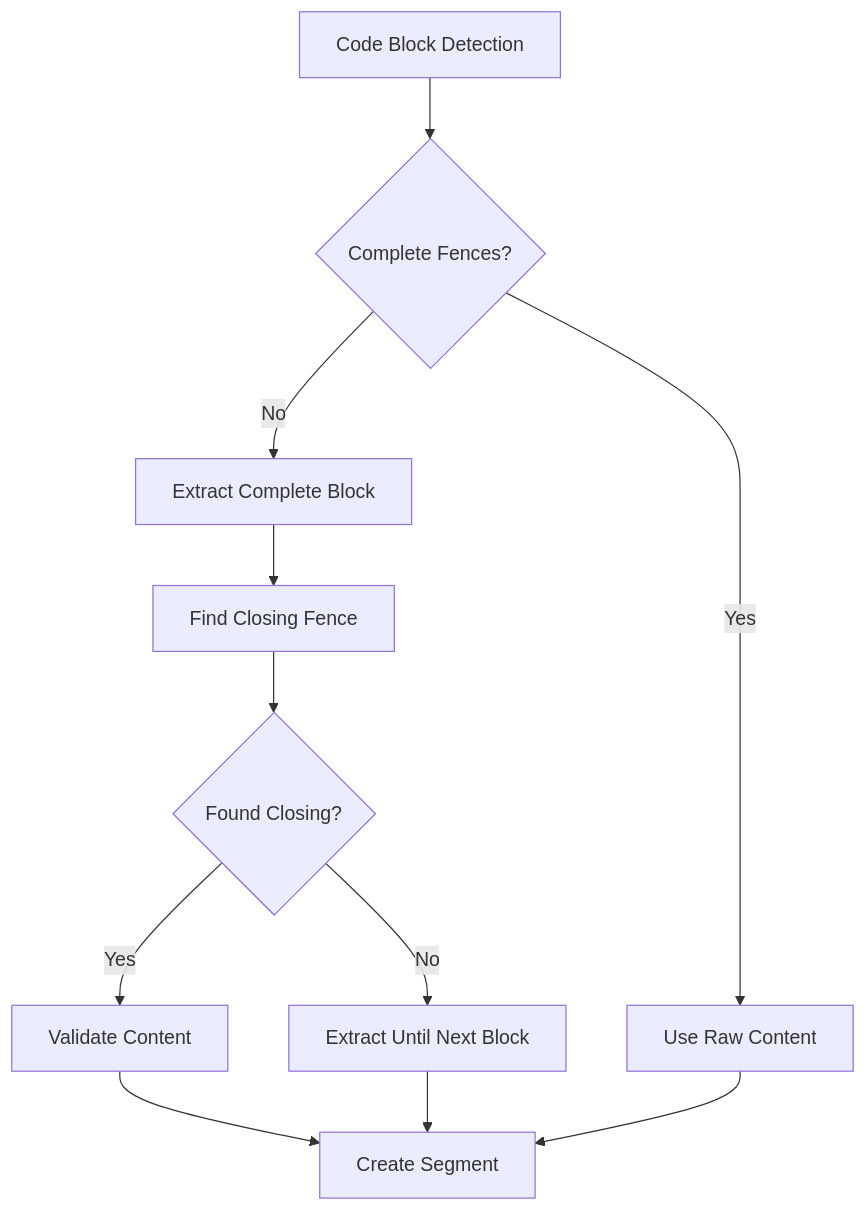
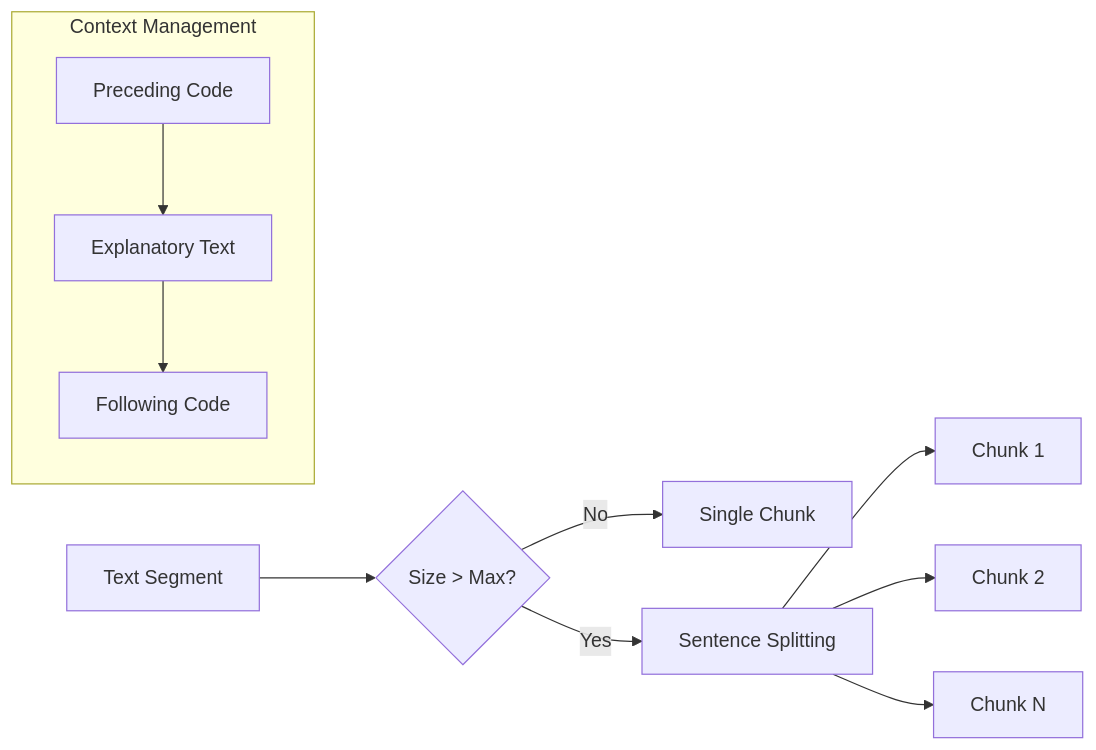
One commit to asukhodko/dify-markdown-chunker changed the fifth of 5 diagrams in .qoder/repowiki/en/content/Chunking Strategies/Code Strategy.md. Above: the diagram before and after it, drawn with Mermaid. The commit also changed other lines of this file and 205 other files, not shown here.

````diff
--- a/.qoder/repowiki/en/content/Chunking Strategies/Code Strategy.md
+++ b/.qoder/repowiki/en/content/Chunking Strategies/Code Strategy.md
@@ -266,13 +223,16 @@
 ```mermaid
-flowchart TD
-A["Code Block Detection"] --> B{"Complete Fences?"}
-B --> |Yes| C["Use Raw Content"]
-B --> |No| D["Extract Complete Block"]
-D --> E["Find Closing Fence"]
-E --> F{"Found Closing?"}
-F --> |Yes| G["Validate Content"]
-F --> |No| H["Extract Until Next Block"]
-G --> I["Create Segment"]
+flowchart LR
+A["Text Segment"] --> B{"Size > Max?"}
+B --> |No| C["Single Chunk"]
+B --> |Yes| D["Sentence Splitting"]
+D --> E["Chunk 1"]
+D --> F["Chunk 2"]
+D --> G["Chunk N"]
+subgraph "Context Management"
+H["Preceding Code"]
+I["Explanatory Text"]
+J["Following Code"]
 H --> I
-C --> I
+I --> J
+end
 ```
````
